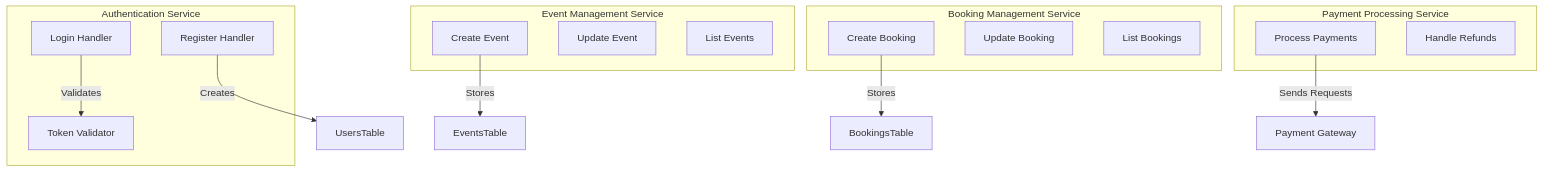
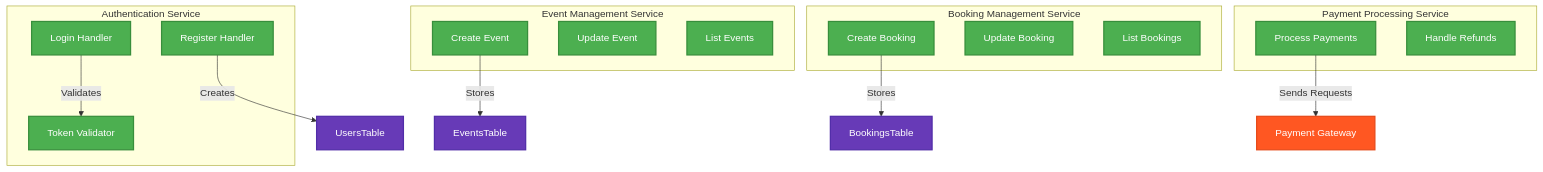
Before and after one commit to celeste-smith/event-booking-system: the third of 4 diagrams in ARCHITECTURE.md, drawn with Mermaid.

Commit message:
Update ARCHITECTURE.md
styling change

````diff
--- a/ARCHITECTURE.md
+++ b/ARCHITECTURE.md
@@ -123,31 +123,41 @@
 ```mermaid
 graph TD;
+    classDef serviceStyle fill:#4CAF50,stroke:#388E3C,stroke-width:2px,color:white;
+    classDef dbStyle fill:#673AB7,stroke:#512DA8,stroke-width:2px,color:white;
+    classDef externalStyle fill:#FF5722,stroke:#E64A19,stroke-width:2px,color:white;
+
     subgraph Authentication Service
-        LoginHandler[Login Handler]
-        RegisterHandler[Register Handler]
-        TokenValidator[Token Validator]
+        LoginHandler["Login Handler"]
+        RegisterHandler["Register Handler"]
+        TokenValidator["Token Validator"]
     end
     
     subgraph Event Management Service
-        EventCreator[Create Event]
-        EventUpdater[Update Event]
-        EventLister[List Events]
+        EventCreator["Create Event"]
+        EventUpdater["Update Event"]
+        EventLister["List Events"]
     end
     
     subgraph Booking Management Service
-        BookingCreator[Create Booking]
-        BookingUpdater[Update Booking]
-        BookingLister[List Bookings]
+        BookingCreator["Create Booking"]
+        BookingUpdater["Update Booking"]
+        BookingLister["List Bookings"]
     end
     
     subgraph Payment Processing Service
-        PaymentProcessor[Process Payments]
-        RefundHandler[Handle Refunds]
+        PaymentProcessor["Process Payments"]
+        RefundHandler["Handle Refunds"]
     end
     
+    %% Relationships
     LoginHandler -- Validates --> TokenValidator;
     RegisterHandler -- Creates --> UsersTable;
     EventCreator -- Stores --> EventsTable;
     BookingCreator -- Stores --> BookingsTable;
-    PaymentProcessor -- Sends Requests --> PaymentGateway[Payment Gateway];
+    PaymentProcessor -- Sends Requests --> PaymentGateway["Payment Gateway"];
+
+    %% Apply styles
+    class LoginHandler,RegisterHandler,TokenValidator,EventCreator,EventUpdater,EventLister,BookingCreator,BookingUpdater,BookingLister,PaymentProcessor,RefundHandler serviceStyle;
+    class UsersTable,EventsTable,BookingsTable dbStyle;
+    class PaymentGateway externalStyle;
 ```
````
